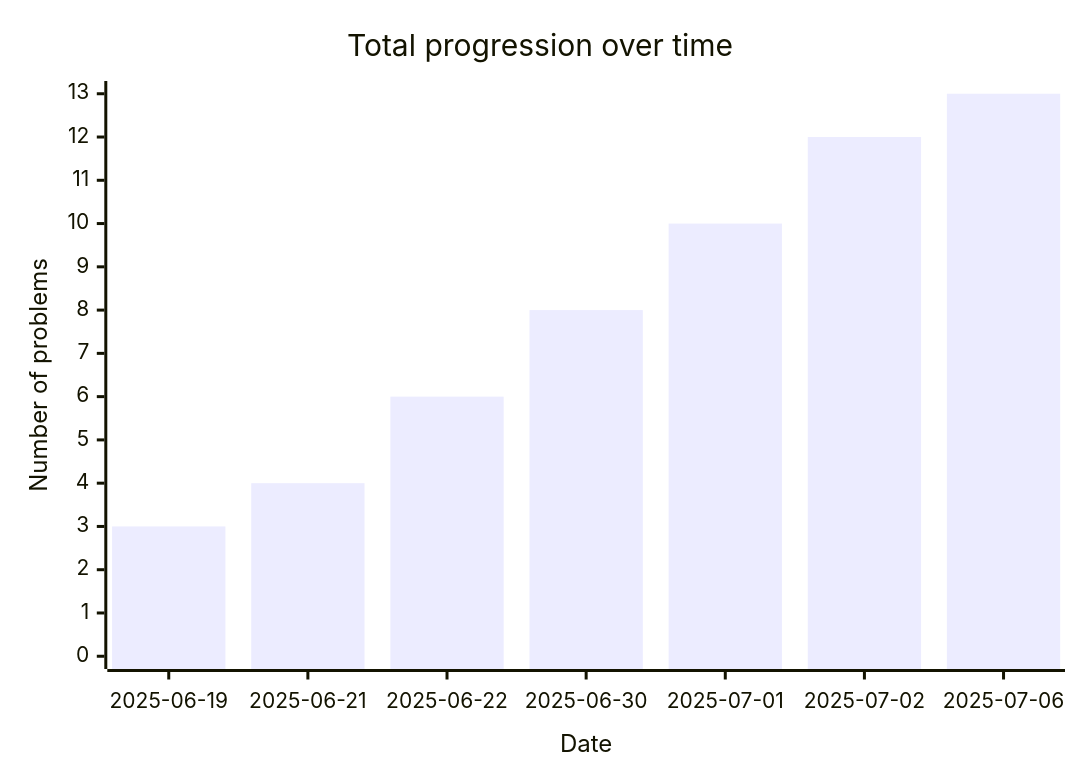
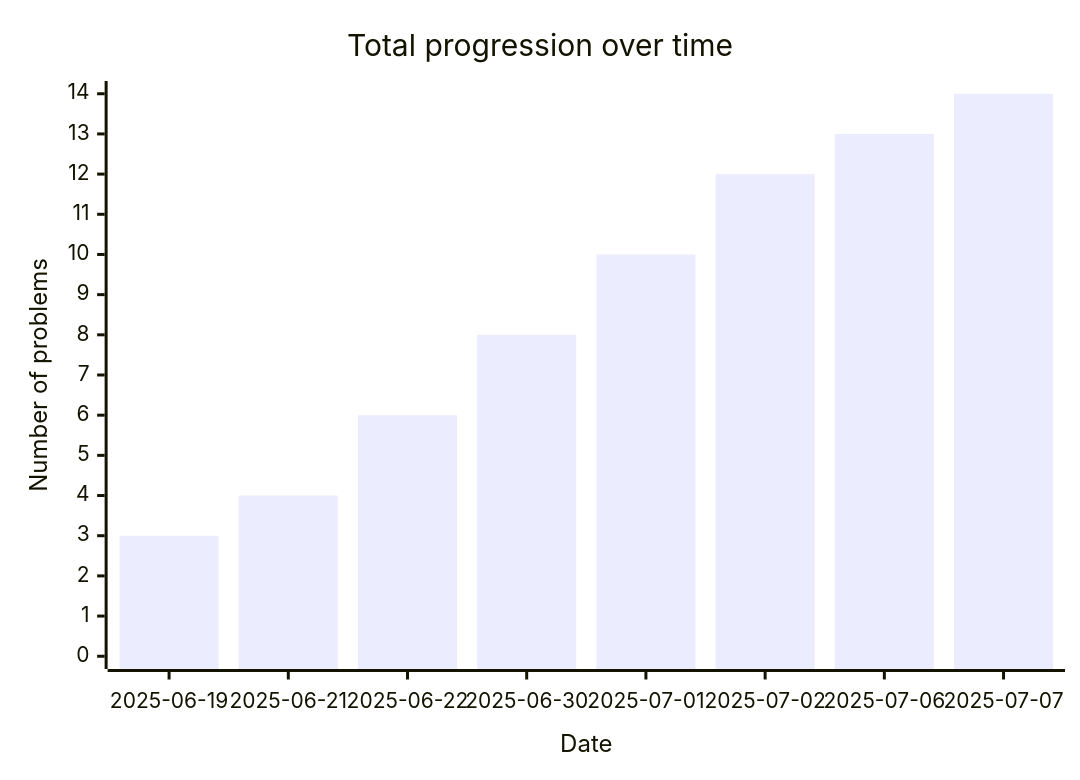
The diagram in README.md (Hugo-Hbrt/leetcode-diary), drawn with Mermaid before and after one commit. The commit also changed other lines of this file and 1 other file, not shown here.

Commit message:
[BOT] Update README files

````diff
--- a/README.md
+++ b/README.md
@@ -14,10 +14,10 @@
 ```mermaid
 ---
 config:
 ---
 xychart-beta
     title "Total progression over time"
-    x-axis Date[2025-06-19, 2025-06-21, 2025-06-22, 2025-06-30, 2025-07-01, 2025-07-02, 2025-07-06]
-    y-axis "Number of problems" 0 --> 13
-    bar[3, 4, 6, 8, 10, 12, 13]
+    x-axis Date[2025-06-19, 2025-06-21, 2025-06-22, 2025-06-30, 2025-07-01, 2025-07-02, 2025-07-06, 2025-07-07]
+    y-axis "Number of problems" 0 --> 14
+    bar[3, 4, 6, 8, 10, 12, 13, 14]
 ```
````
